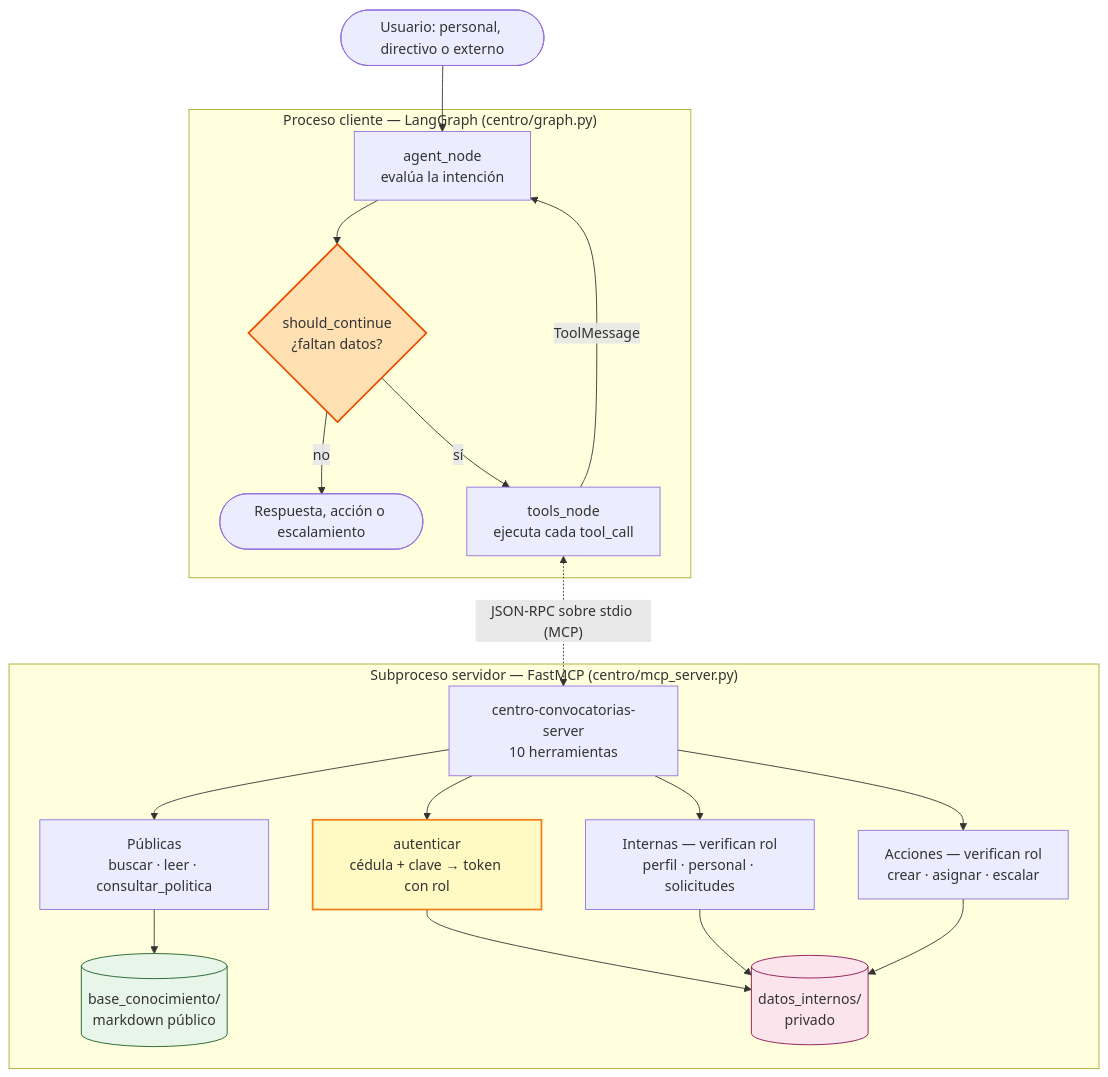
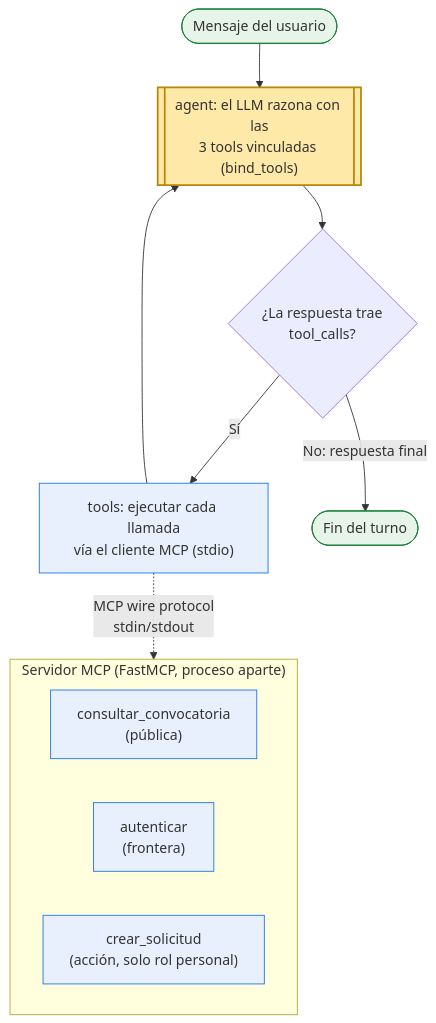
Before and after one commit to mesabusta/asistente-convocatorias: the first of 2 diagrams in wiki_semana2.md, drawn with Mermaid. The commit also changed other lines of this file and 8 other files, not shown here.

````diff
--- a/wiki_semana2.md
+++ b/wiki_semana2.md
@@ -14,34 +12,22 @@
 ```mermaid
 flowchart TD
-    U([Usuario: personal, directivo o externo]) --> AG
+    INI(["Mensaje del usuario"]) --> AG[["agent: el LLM razona con las<br/>3 tools vinculadas (bind_tools)"]]
+    AG --> DEC{"¿La respuesta trae<br/>tool_calls?"}
+    DEC -- "Sí" --> TN["tools: ejecutar cada llamada<br/>vía el cliente MCP (stdio)"]
+    TN --> AG
+    DEC -- "No: respuesta final" --> FIN(["Fin del turno"])
 
-    subgraph CLIENTE["Proceso cliente — LangGraph (centro/graph.py)"]
-        AG["agent_node<br/>evalúa la intención"]
-        DEC{"should_continue<br/>¿faltan datos?"}
-        TN["tools_node<br/>ejecuta cada tool_call"]
-        AG --> DEC
-        DEC -- "no" --> FIN([Respuesta, acción o escalamiento])
-        DEC -- "sí" --> TN
-        TN -- "ToolMessage" --> AG
+    subgraph MCP["Servidor MCP (FastMCP, proceso aparte)"]
+        T1["consultar_convocatoria<br/>(pública)"]
+        T2["autenticar<br/>(frontera)"]
+        T3["crear_solicitud<br/>(acción, solo rol personal)"]
     end
+    TN -.->|"MCP wire protocol<br/>stdin/stdout"| MCP
 
-    TN <-. "JSON-RPC sobre stdio (MCP)" .-> SRV
-
-    subgraph SERVIDOR["Subproceso servidor — FastMCP (centro/mcp_server.py)"]
-        SRV["centro-convocatorias-server<br/>10 herramientas"]
-        PUB["Públicas<br/>buscar · leer · consultar_politica"]
-        AUT["autenticar<br/>cédula + clave → token con rol"]
-        INT["Internas — verifican rol<br/>perfil · personal · solicitudes"]
-        ACC["Acciones — verifican rol<br/>crear · asignar · escalar"]
-        SRV --> PUB & AUT & INT & ACC
-        PUB --> KB[("base_conocimiento/<br/>markdown público")]
-        AUT --> DI
-        INT --> DI[("datos_internos/<br/>privado")]
-        ACC --> DI
-    end
-
-    style DEC fill:#ffe0b2,stroke:#e65100,stroke-width:2px
-    style AUT fill:#fff9c4,stroke:#f57f17,stroke-width:2px
-    style KB fill:#e8f5e9,stroke:#1b5e20
-    style DI fill:#fce4ec,stroke:#880e4f
+    classDef llm fill:#FFE9A8,stroke:#B8860B,stroke-width:2px;
+    classDef tec fill:#E8F0FE,stroke:#1A73E8;
+    classDef inifin fill:#E6F4EA,stroke:#188038;
+    class AG llm;
+    class TN,T1,T2,T3 tec;
+    class INI,FIN inifin;
 ```
````
